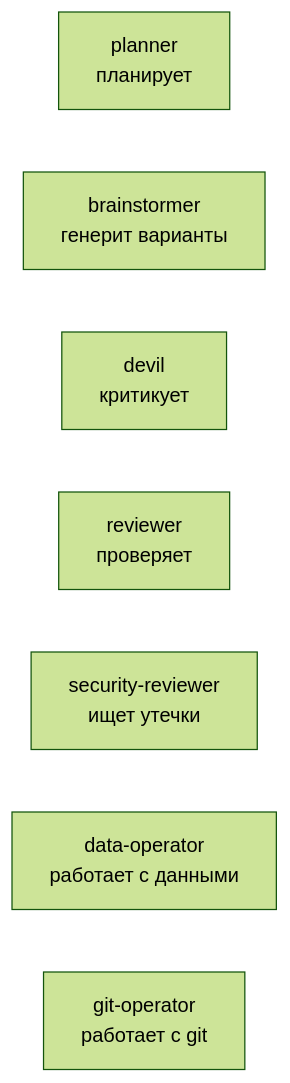
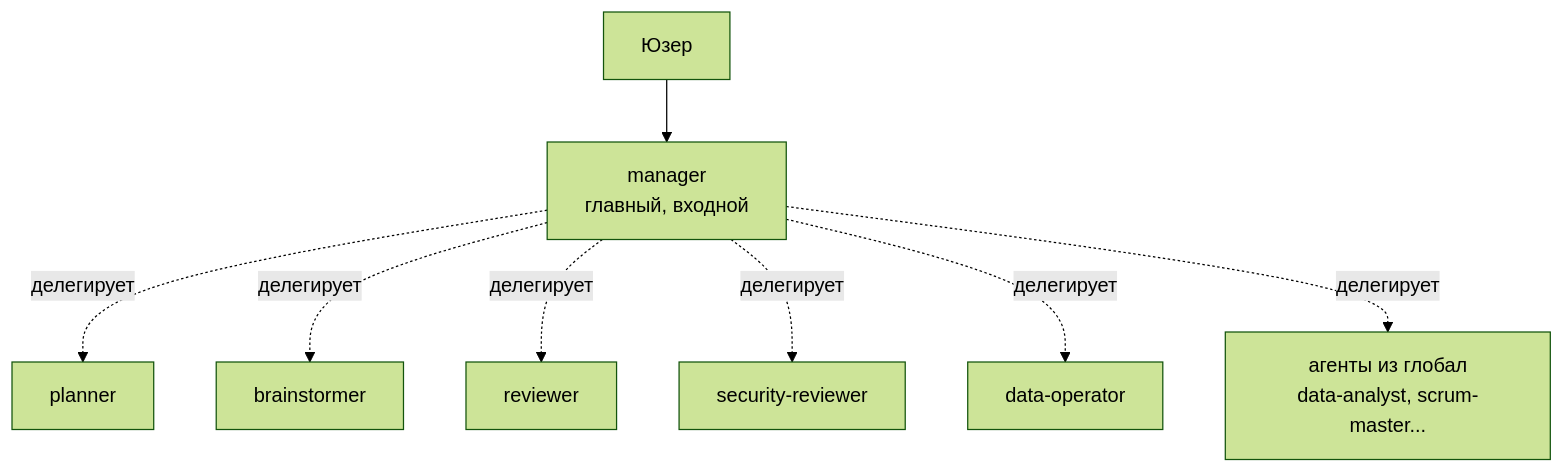
One commit to napadayte/OpenCode changed the diagram in docs/wiki/концепции/агент.md. Above: the diagram before and after it, drawn with Mermaid (forest theme). The commit also changed other lines of this file and 4 other files, not shown here.

````diff
--- a/docs/wiki/концепции/агент.md
+++ b/docs/wiki/концепции/агент.md
@@ -7,10 +10,10 @@
 ```mermaid
-flowchart LR
-    P[planner<br/>планирует]
-    B[brainstormer<br/>генерит варианты]
-    D[devil<br/>критикует]
-    R[reviewer<br/>проверяет]
-    SR[security-reviewer<br/>ищет утечки]
-    DO[data-operator<br/>работает с данными]
-    GO[git-operator<br/>работает с git]
+flowchart TB
+    U[Юзер] --> M[manager<br/>главный, входной]
+    M -.делегирует.-> P[planner]
+    M -.делегирует.-> B[brainstormer]
+    M -.делегирует.-> R[reviewer]
+    M -.делегирует.-> SR[security-reviewer]
+    M -.делегирует.-> DO[data-operator]
+    M -.делегирует.-> GL[агенты из глобал<br/>data-analyst, scrum-master...]
 ```
````
